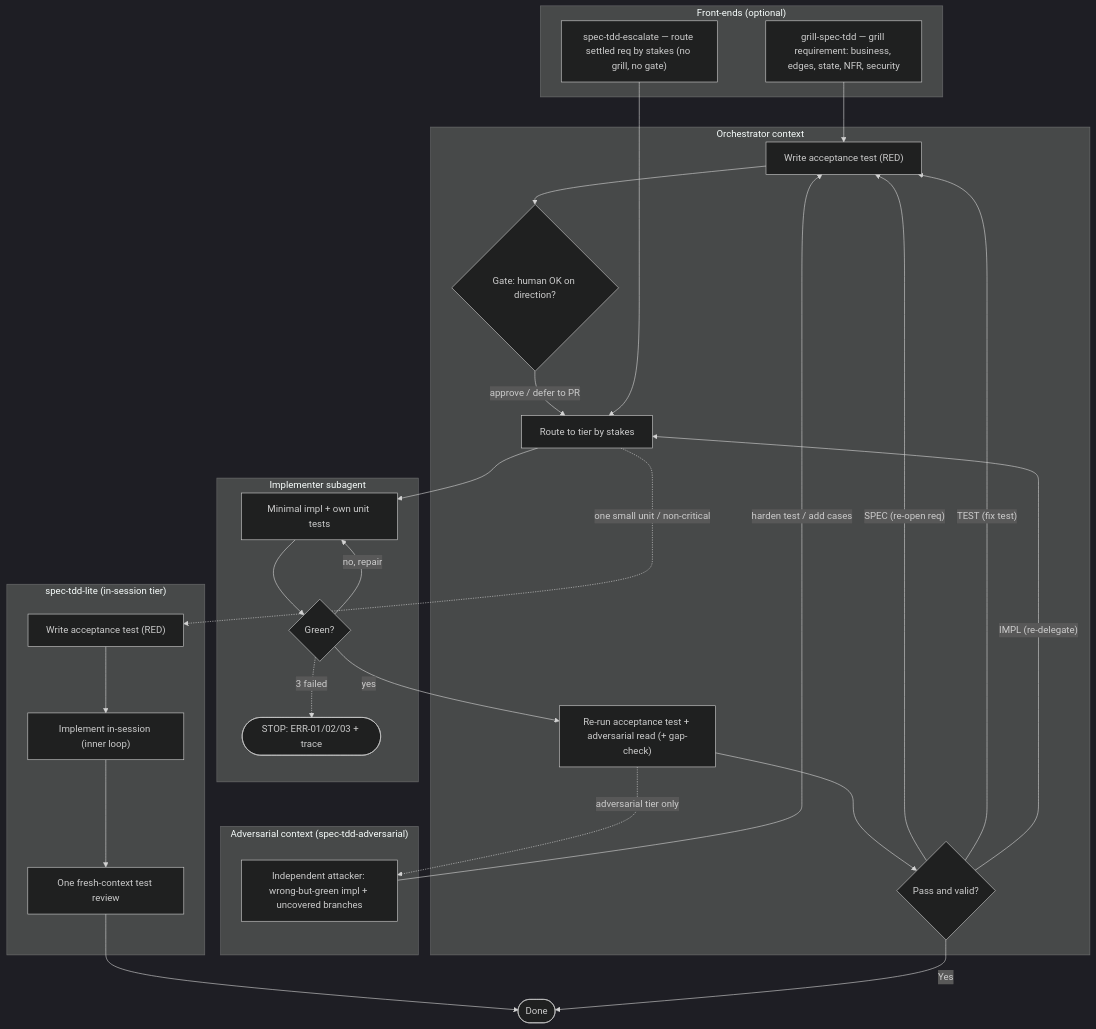
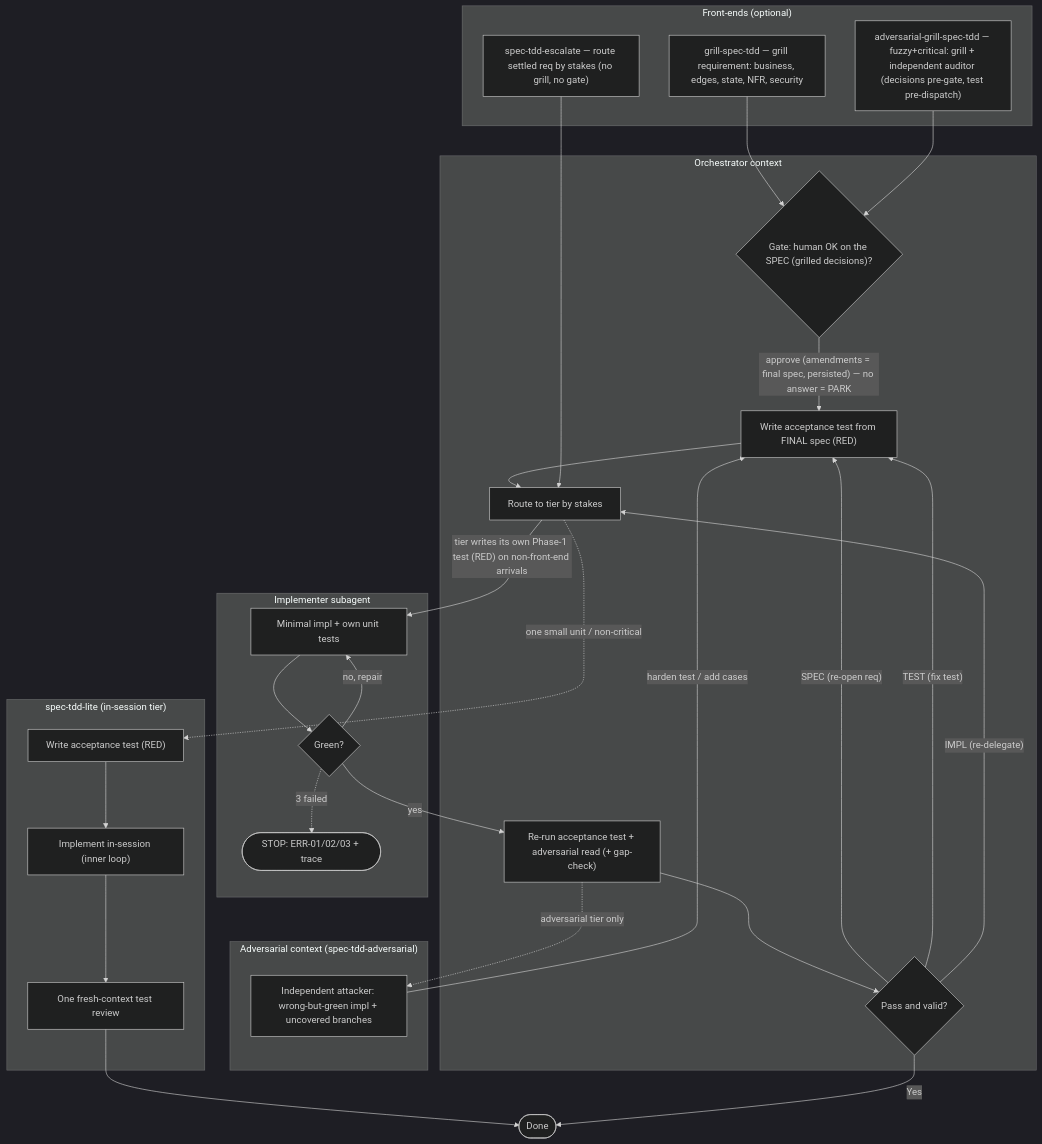
The second of 2 diagrams in README.md (BenjaminChenLab/spec-tdd-skill), drawn with Mermaid (dark theme) before and after one commit. The commit also changed other lines of this file and 9 other files, not shown here.

First line of the commit message:
feat: v1.5.0+v1.6.0 — adversarial-grill front-end; gate-before-test, blocking spec gate, tier-side zero gate, spec-doc persistence

````diff
--- a/README.md
+++ b/README.md
@@ -47,52 +47,54 @@
 ```mermaid
 flowchart TD
     subgraph F["Front-ends (optional)"]
         GR["grill-spec-tdd — grill requirement: business, edges, state, NFR, security"]
+        AG["adversarial-grill-spec-tdd — fuzzy+critical: grill + independent auditor (decisions pre-gate, test pre-dispatch)"]
         ES["spec-tdd-escalate — route settled req by stakes (no grill, no gate)"]
     end
 
     subgraph O["Orchestrator context"]
-        T["Write acceptance test (RED)"]
-        GT{"Gate: human OK on direction?"}
+        GT{"Gate: human OK on the SPEC (grilled decisions)?"}
+        T["Write acceptance test from FINAL spec (RED)"]
         RT["Route to tier by stakes"]
         V["Re-run acceptance test + adversarial read (+ gap-check)"]
         P{"Pass and valid?"}
     end
 
     subgraph I["Implementer subagent"]
         IM["Minimal impl + own unit tests"]
         IC{"Green?"}
         ERR(["STOP: ERR-01/02/03 + trace"])
     end
 
     subgraph ADV["Adversarial context (spec-tdd-adversarial)"]
         ATK["Independent attacker: wrong-but-green impl + uncovered branches"]
     end
 
     subgraph LT["spec-tdd-lite (in-session tier)"]
         LT1["Write acceptance test (RED)"]
         LT2["Implement in-session (inner loop)"]
         LT3["One fresh-context test review"]
     end
 
-    GR --> T
-    T --> GT
-    GT -->|"approve / defer to PR"| RT
+    GR --> GT
+    AG --> GT
+    GT -->|"approve (amendments = final spec, persisted) — no answer = PARK"| T
+    T --> RT
     ES --> RT
     RT -.->|"one small unit / non-critical"| LT1
     LT1 --> LT2
     LT2 --> LT3
     LT3 --> DONE
-    RT --> IM
+    RT -->|"tier writes its own Phase-1 test (RED) on non-front-end arrivals"| IM
     IM --> IC
     IC -->|"no, repair"| IM
     IC -.->|"3 failed"| ERR
     IC -->|yes| V
     V -.->|"adversarial tier only"| ATK
     ATK -->|"harden test / add cases"| T
     V --> P
     P -->|Yes| DONE(["Done"])
     P -->|"SPEC (re-open req)"| T
     P -->|"TEST (fix test)"| T
     P -->|"IMPL (re-delegate)"| RT
 ```
````
